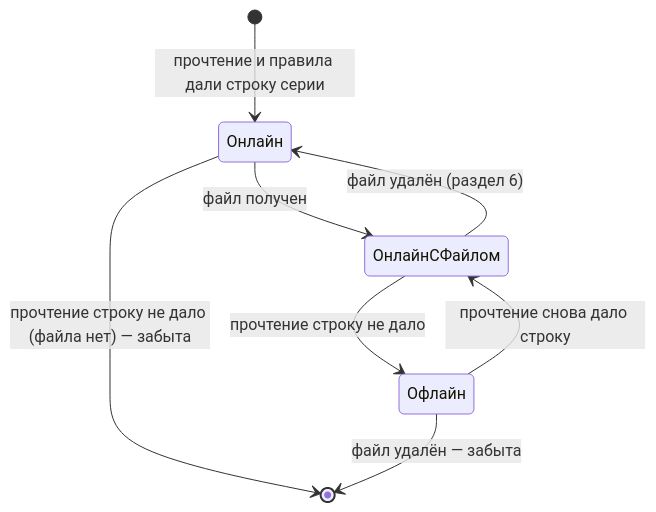
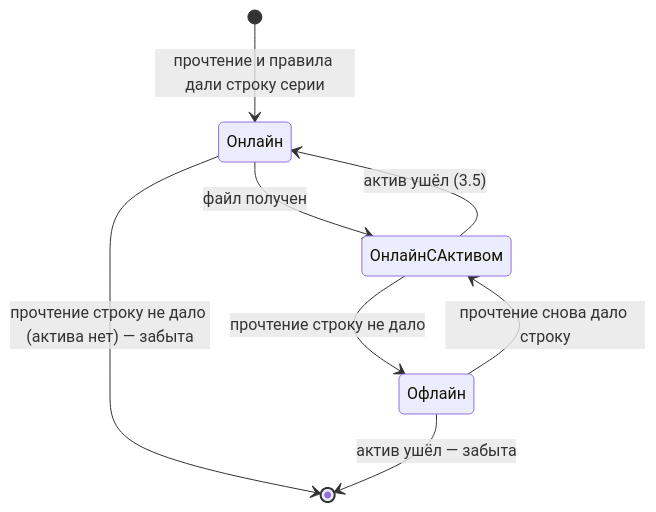
One commit to wolfram0108/series-tracker changed the diagram in docs/missions/voice-alignment/stage-12/episode-table/MODEL.md. Above: the diagram before and after it, drawn with Mermaid. The commit also changed other lines of this file and 1 other file, not shown here.

````diff
--- a/docs/missions/voice-alignment/stage-12/episode-table/MODEL.md
+++ b/docs/missions/voice-alignment/stage-12/episode-table/MODEL.md
@@ -53,10 +138,10 @@
 ```mermaid
 stateDiagram-v2
     [*] --> Онлайн: прочтение и правила дали строку серии
-    Онлайн --> ОнлайнСФайлом: файл получен
-    Онлайн --> [*]: прочтение строку не дало (файла нет) — забыта
-    ОнлайнСФайлом --> Офлайн: прочтение строку не дало
-    Офлайн --> ОнлайнСФайлом: прочтение снова дало строку
-    ОнлайнСФайлом --> Онлайн: файл удалён (раздел 6)
-    Офлайн --> [*]: файл удалён — забыта
+    Онлайн --> ОнлайнСАктивом: файл получен
+    Онлайн --> [*]: прочтение строку не дало (актива нет) — забыта
+    ОнлайнСАктивом --> Офлайн: прочтение строку не дало
+    Офлайн --> ОнлайнСАктивом: прочтение снова дало строку
+    ОнлайнСАктивом --> Онлайн: актив ушёл (3.5)
+    Офлайн --> [*]: актив ушёл — забыта
 ```
````
